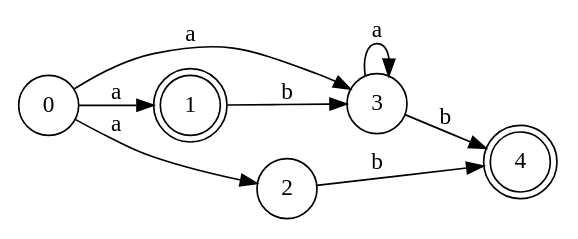
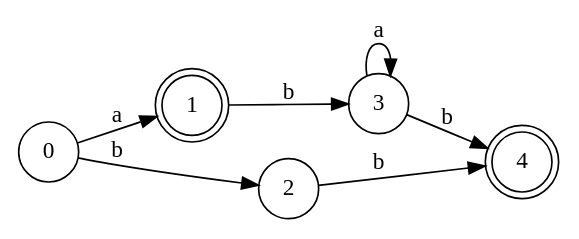
Before and after one commit to Nooosky/Licence3: the diagram in Theorie_Langages/TP/img/automaton.dot, drawn with Graphviz. The commit also changed 6 other files, not shown here.

```diff
--- a/Theorie_Langages/TP/img/automaton.dot
+++ b/Theorie_Langages/TP/img/automaton.dot
@@ -1,13 +1,12 @@
 digraph finite_state_machine {
 	rankdir=LR;
 	size="8,5";
 	node [shape = doublecircle]; 1 4;
 	node [shape = circle];
 	0 -> 1 [ label = "a" ];
-	0 -> 2 [ label = "a" ];
-	0 -> 3 [ label = "a" ];
+	0 -> 2 [ label = "b" ];
 	1 -> 3 [ label = "b" ];
 	2 -> 4 [ label = "b" ];
 	3 -> 3 [ label = "a" ];
 	3 -> 4 [ label = "b" ];
 }
```
